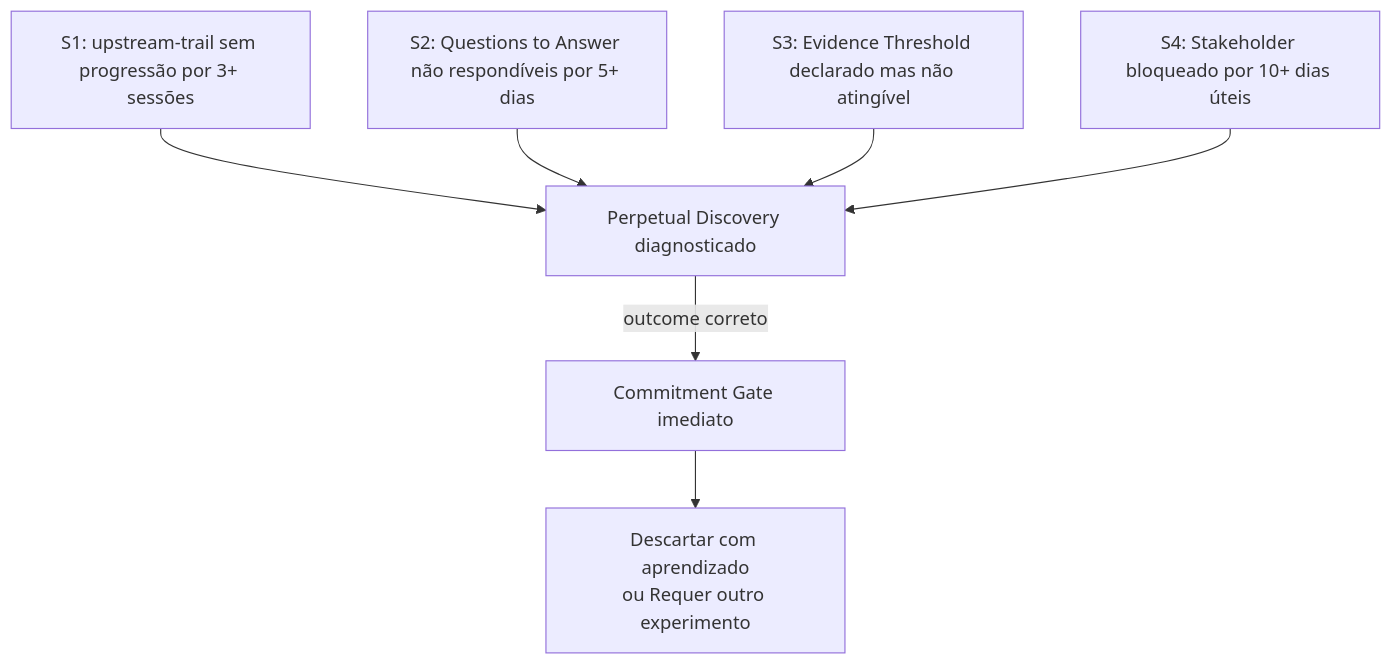
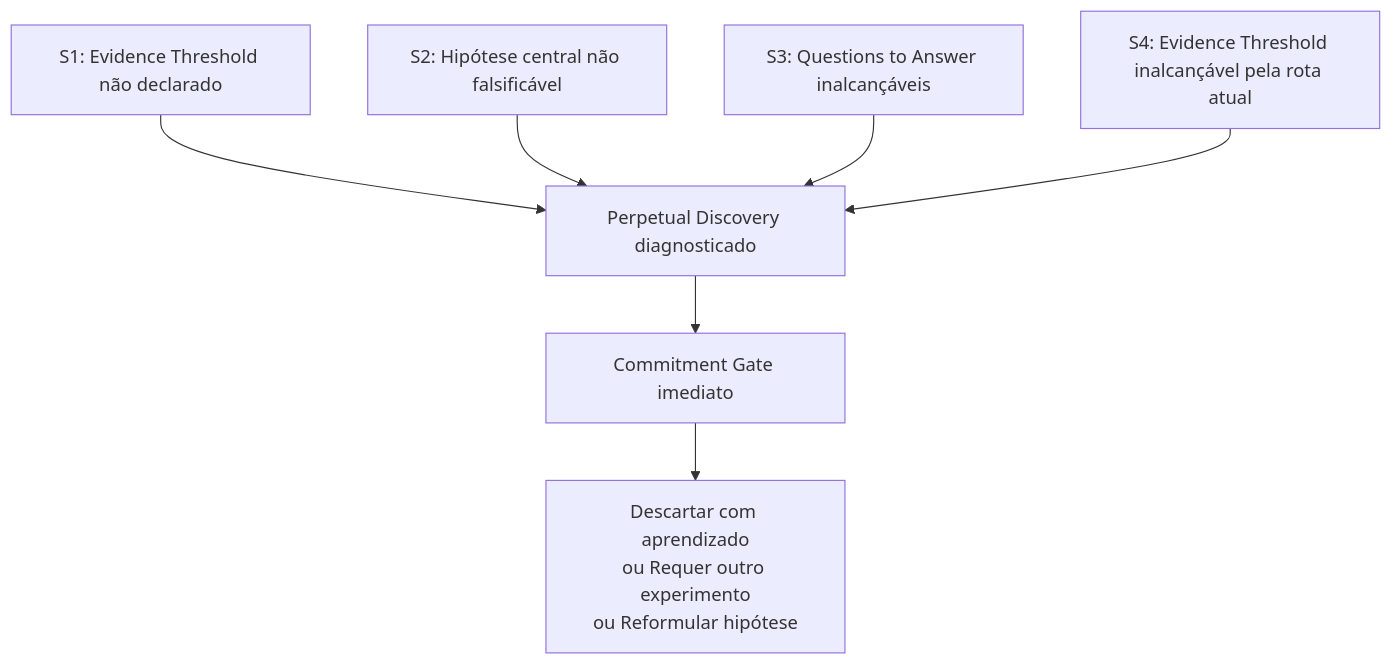
Before and after one commit to produtoreativo/from-intent-to-outcome: the second of 3 diagrams in capitulo-05.md, drawn with Mermaid. The commit also changed other lines of this file and 3 other files, not shown here.

First line of the commit message:
refactor(cap05/09): redefine Perpetual Discovery por indicadores de parada

````diff
--- a/capitulo-05.md
+++ b/capitulo-05.md
@@ -99,10 +99,13 @@
 ```mermaid
 graph TD
-    S1["S1: upstream-trail sem progressão por 3+ sessões"]
-    S2["S2: Questions to Answer não respondíveis por 5+ dias"]
-    S3["S3: Evidence Threshold declarado mas não atingível"]
-    S4["S4: Stakeholder bloqueado por 10+ dias úteis"]
-    S1 & S2 & S3 & S4 --> PD["Perpetual Discovery diagnosticado"]
-    PD --> |"outcome correto"| CG["Commitment Gate imediato"]
-    CG --> D["Descartar com aprendizado\nou Requer outro experimento"]
+    S1["S1: Evidence Threshold não declarado"]
+    S2["S2: Hipótese central não falsificável"]
+    S3["S3: Questions to Answer inalcançáveis"]
+    S4["S4: Evidence Threshold inalcançável pela rota atual"]
+    S1 --> PD["Perpetual Discovery diagnosticado"]
+    S2 --> PD
+    S3 --> PD
+    S4 --> PD
+    PD --> CG["Commitment Gate imediato"]
+    CG --> D["Descartar com aprendizado\nou Requer outro experimento\nou Reformular hipótese"]
 ```
````
